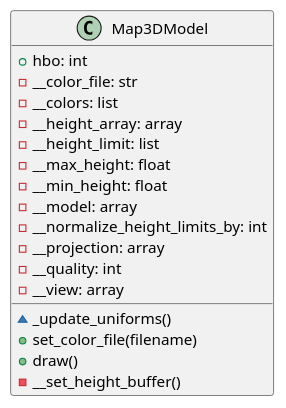
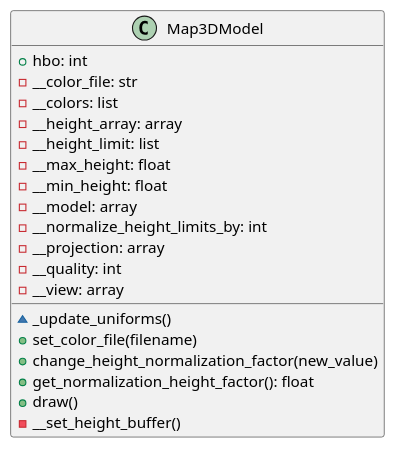
One commit to ferpoble2/Relief_Creator changed the diagram in docs/classes/Map3DModel.puml. Above: the diagram before and after it, drawn with PlantUML. The commit also changed 9 other files, not shown here.

Commit message:
Added functionality to change the normalization value from the GUI in the 3D mode

```diff
--- a/docs/classes/Map3DModel.puml
+++ b/docs/classes/Map3DModel.puml
@@ -1,22 +1,24 @@
 @startuml
 class Map3DModel {
     + hbo: int
     - __color_file: str
     - __colors: list
     - __height_array: array
     - __height_limit: list
     - __max_height: float
     - __min_height: float
     - __model: array
     - __normalize_height_limits_by: int
     - __projection: array
     - __quality: int
     - __view: array
 
     ~ _update_uniforms()
     + set_color_file(filename)
+    + change_height_normalization_factor(new_value)
+    + get_normalization_height_factor(): float
     + draw()
     - __set_height_buffer()
 
 }
 @enduml
```
